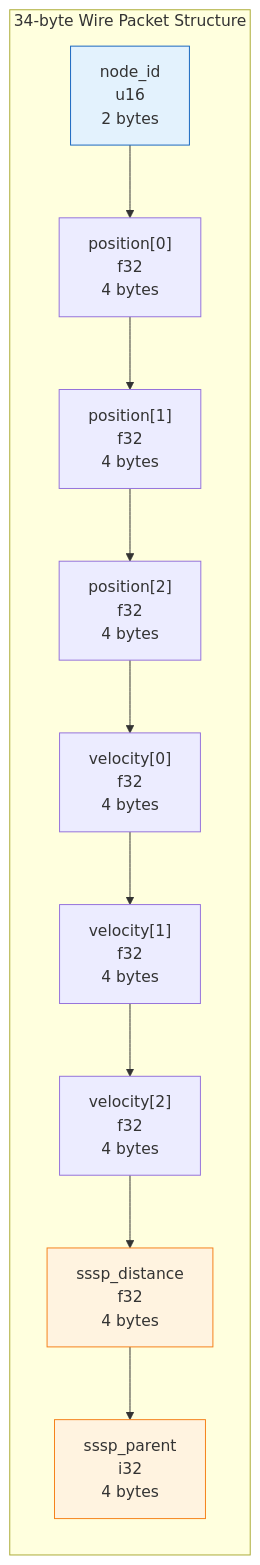
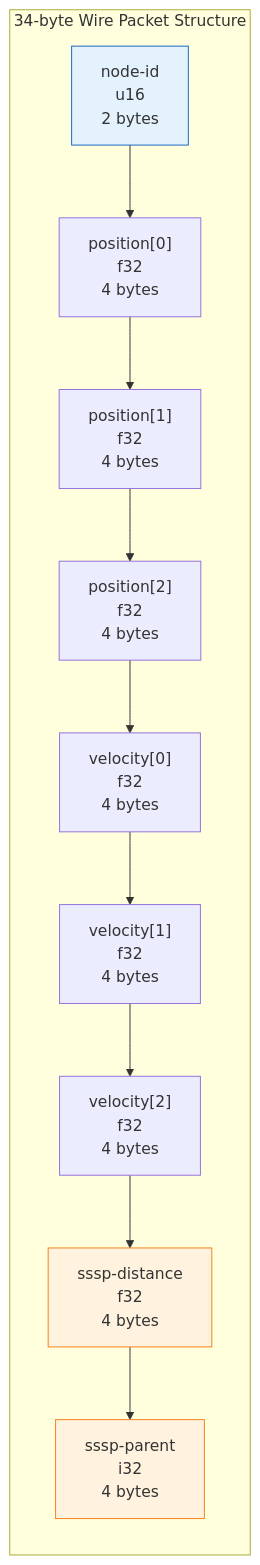
Before and after one commit to DreamLab-AI/VisionFlow: the third of 11 diagrams in docs/concepts/architecture/core/server.md, drawn with Mermaid. The commit also changed other lines of this file and 184 other files, not shown here.

````diff
--- a/docs/concepts/architecture/core/server.md
+++ b/docs/concepts/architecture/core/server.md
@@ -227,20 +227,20 @@
 ```mermaid
 graph LR
     subgraph "34-byte Wire Packet Structure"
-        A["node_id<br/>u16<br/>2 bytes"]
+        A["node-id<br/>u16<br/>2 bytes"]
         B["position[0]<br/>f32<br/>4 bytes"]
         C["position[1]<br/>f32<br/>4 bytes"]
         D["position[2]<br/>f32<br/>4 bytes"]
         E["velocity[0]<br/>f32<br/>4 bytes"]
         F["velocity[1]<br/>f32<br/>4 bytes"]
         G["velocity[2]<br/>f32<br/>4 bytes"]
-        H["sssp_distance<br/>f32<br/>4 bytes"]
-        I["sssp_parent<br/>i32<br/>4 bytes"]
+        H["sssp-distance<br/>f32<br/>4 bytes"]
+        I["sssp-parent<br/>i32<br/>4 bytes"]
     end
 
     A --> B --> C --> D --> E --> F --> G --> H --> I
 
     style A fill:#e3f2fd,stroke:#1565C0
     style H fill:#fff3e0,stroke:#F57F17
     style I fill:#fff3e0,stroke:#F57F17
 ```
````
